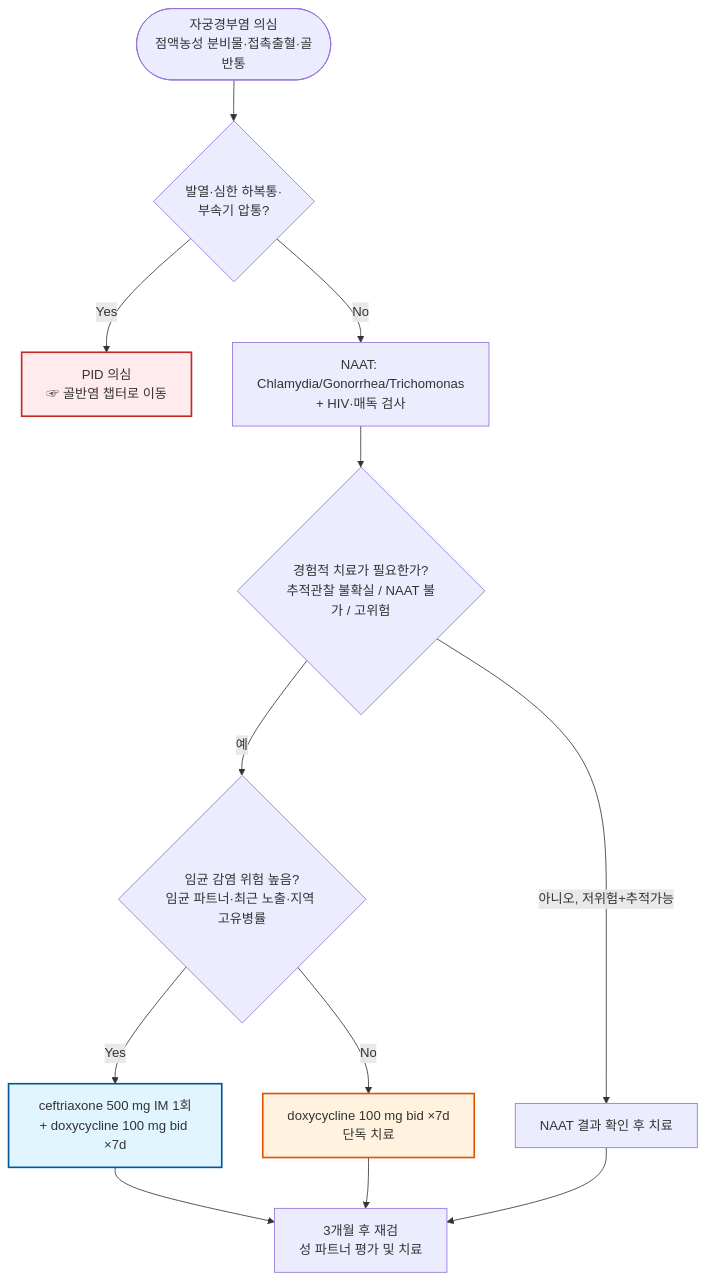
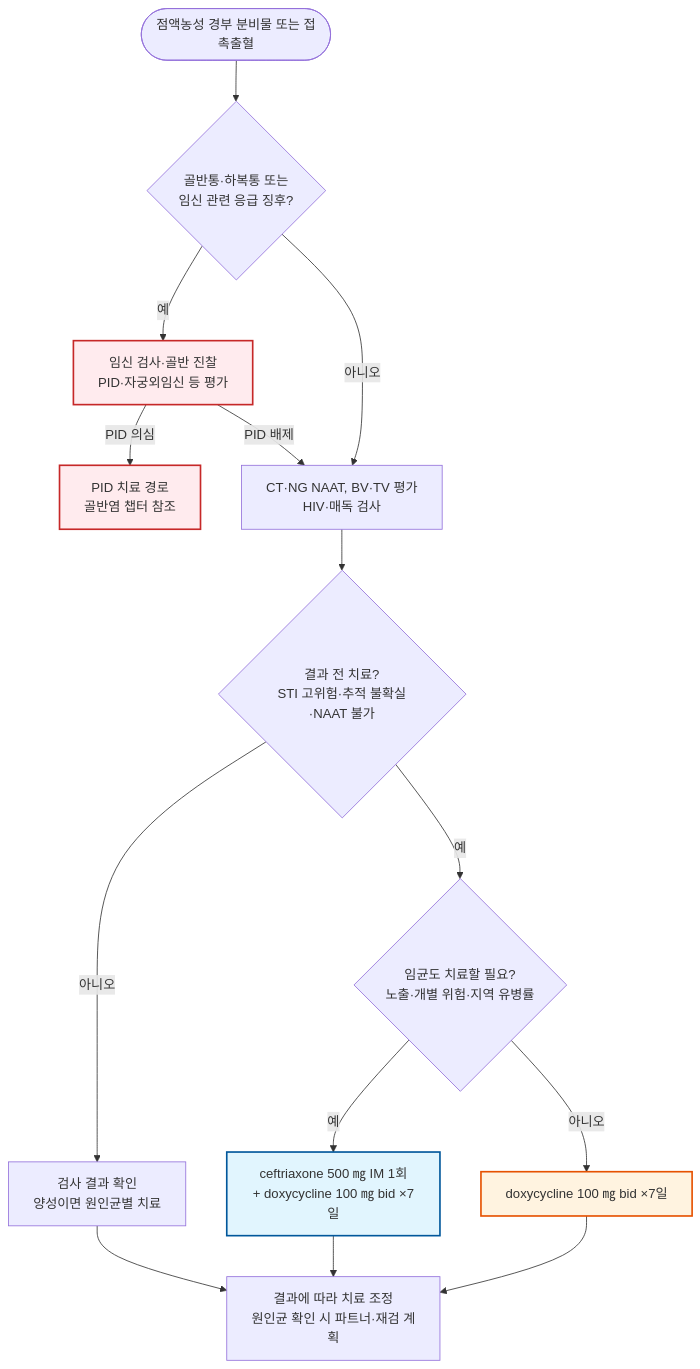
The diagram in 227_/123_-cervicitis.md (familyoh77/familyoh77), drawn with Mermaid before and after one commit. The commit also changed other lines of this file, not shown here.

````diff
--- a/227_/123_-cervicitis.md
+++ b/227_/123_-cervicitis.md
@@ -82,17 +83,20 @@
 ```mermaid
 graph TD
-    A([자궁경부염 의심<br/>점액농성 분비물·접촉출혈·골반통]) --> B{발열·심한 하복통·<br/>부속기 압통?}
-    B -->|Yes| C[PID 의심<br/>☞ 골반염 챕터로 이동]
-    B -->|No| D[NAAT: Chlamydia/Gonorrhea/Trichomonas<br/>+ HIV·매독 검사]
-    D --> I{경험적 치료가 필요한가?<br/>추적관찰 불확실 / NAAT 불가 / 고위험}
-    I -->|아니오, 저위험+추적가능| J[NAAT 결과 확인 후 치료]
-    I -->|예| E{임균 감염 위험 높음?<br/>임균 파트너·최근 노출·지역 고유병률}
-    E -->|Yes| F[ceftriaxone 500 mg IM 1회<br/>+ doxycycline 100 mg bid ×7d]
-    E -->|No| G[doxycycline 100 mg bid ×7d<br/>단독 치료]
-    F --> H[3개월 후 재검<br/>성 파트너 평가 및 치료]
+    A([점액농성 경부 분비물 또는 접촉출혈]) --> B{골반통·하복통 또는<br/>임신 관련 응급 징후?}
+    B -->|예| C[임신 검사·골반 진찰<br/>PID·자궁외임신 등 평가]
+    C -->|PID 의심| P[PID 치료 경로<br/>골반염 챕터 참조]
+    B -->|아니오| D[CT·NG NAAT, BV·TV 평가<br/>HIV·매독 검사]
+    C -->|PID 배제| D
+    D --> I{결과 전 치료?<br/>STI 고위험·추적 불확실·NAAT 불가}
+    I -->|아니오| J[검사 결과 확인<br/>양성이면 원인균별 치료]
+    I -->|예| E{임균도 치료할 필요?<br/>노출·개별 위험·지역 유병률}
+    E -->|예| F[ceftriaxone 500 ㎎ IM 1회<br/>+ doxycycline 100 ㎎ bid ×7일]
+    E -->|아니오| G[doxycycline 100 ㎎ bid ×7일]
+    F --> H[결과에 따라 치료 조정<br/>원인균 확인 시 파트너·재검 계획]
     G --> H
     J --> H
     style C fill:#ffebee,stroke:#c62828,stroke-width:2px
+    style P fill:#ffebee,stroke:#c62828,stroke-width:2px
     style F fill:#e1f5fe,stroke:#01579b,stroke-width:2px
     style G fill:#fff3e0,stroke:#e65100,stroke-width:2px
 ```
````
